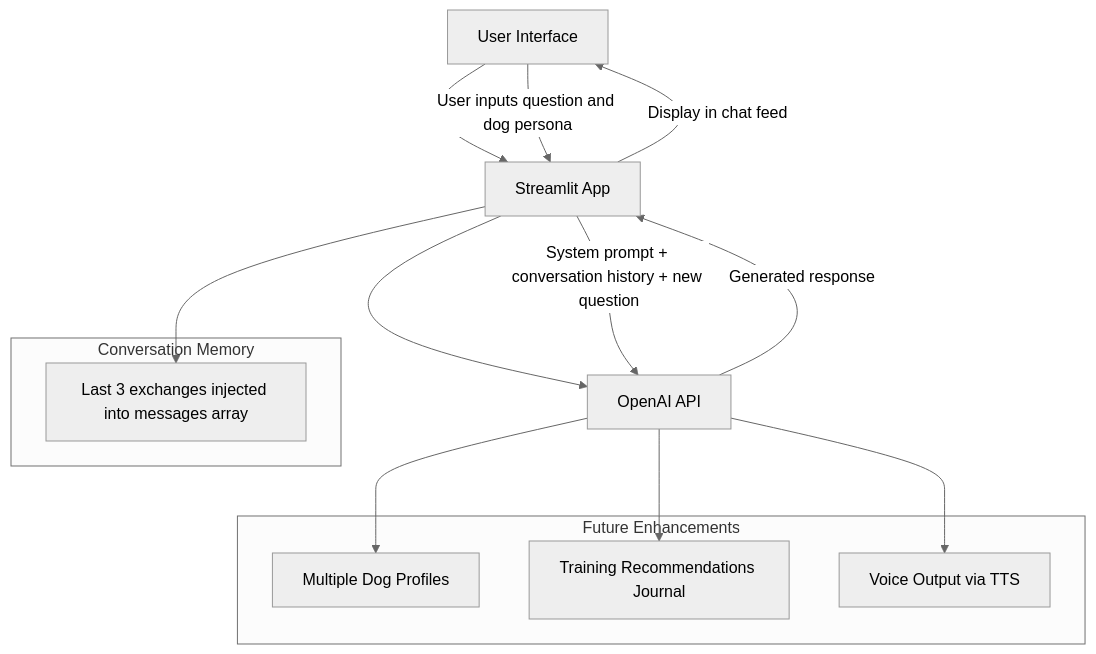
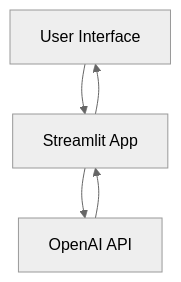
One commit to bsingley/ask-my-dog changed the first of 2 diagrams in README.md. Above: the diagram before and after it, drawn with Mermaid (neutral theme). The commit also changed other lines of this file, not shown here.

````diff
--- a/README.md
+++ b/README.md
@@ -28,25 +41,7 @@
 ```mermaid
 flowchart TD
     UI[User Interface] --> App[Streamlit App]
     App --> AI[OpenAI API]
-
-    UI -->|User inputs question and dog persona| App
-    App -->|System prompt + conversation history + new question| AI
-    AI -->|Generated response| App
-    App -->|Display in chat feed| UI
-
-    subgraph Conversation Memory
-        History[Last 3 exchanges injected into messages array]
-    end
-
-    subgraph Future Enhancements
-        MultiDog[Multiple Dog Profiles]
-        Training[Training Recommendations Journal]
-        Voice[Voice Output via TTS]
-    end
-
-    App --> History
-    AI --> MultiDog
-    AI --> Training
-    AI --> Voice
+    AI --> App
+    App --> UI
 ```
````
